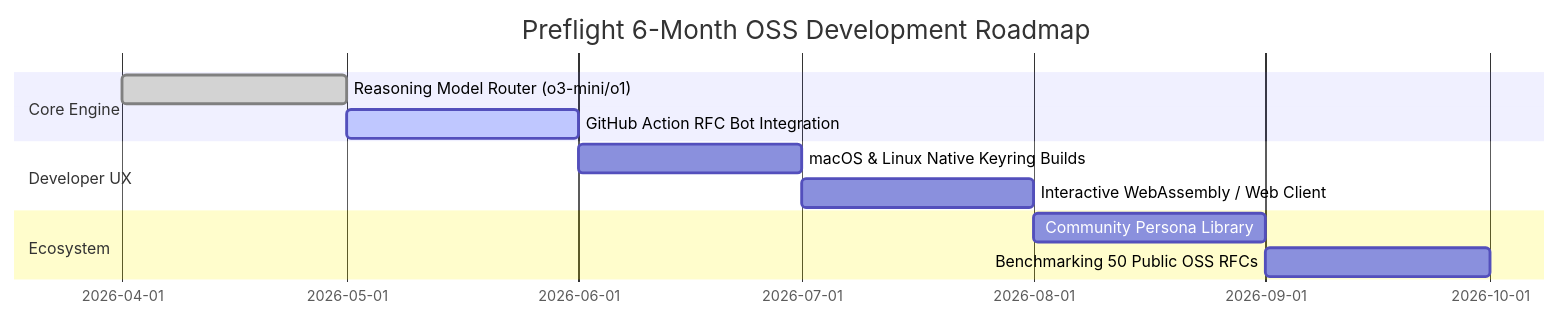
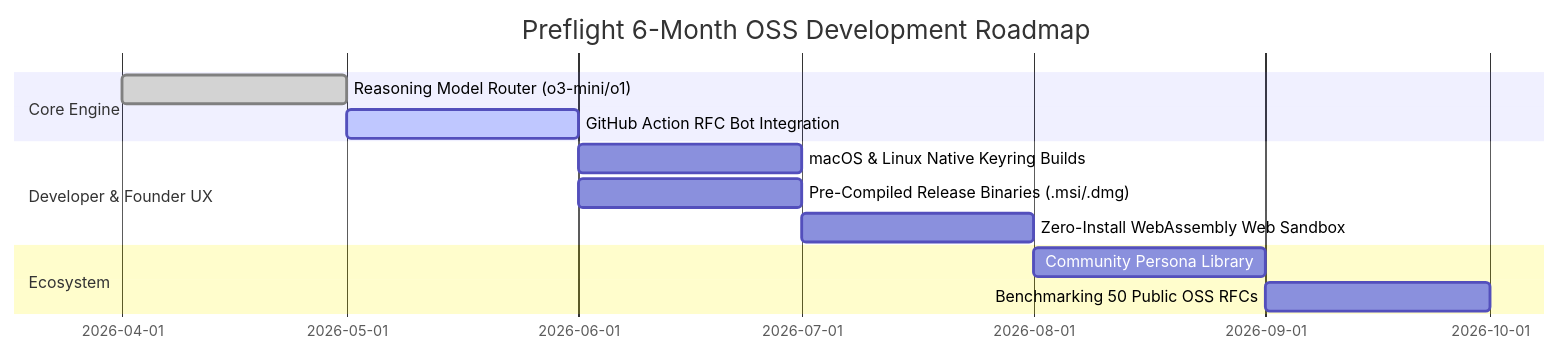
One commit to annamike143/preflight changed the diagram in OPENAI_GRANT_PROPOSAL.md. Above: the diagram before and after it, drawn with Mermaid. The commit also changed other lines of this file and 1 other file, not shown here.

````diff
--- a/OPENAI_GRANT_PROPOSAL.md
+++ b/OPENAI_GRANT_PROPOSAL.md
@@ -90,14 +98,15 @@
 ```mermaid
 gantt
     title Preflight 6-Month OSS Development Roadmap
     dateFormat  YYYY-MM
     section Core Engine
     Reasoning Model Router (o3-mini/o1)   :done,    2026-04, 2026-05
     GitHub Action RFC Bot Integration     :active,  2026-05, 2026-06
-    section Developer UX
+    section Developer & Founder UX
     macOS & Linux Native Keyring Builds   :         2026-06, 2026-07
-    Interactive WebAssembly / Web Client  :         2026-07, 2026-08
+    Pre-Compiled Release Binaries (.msi/.dmg) :      2026-06, 2026-07
+    Zero-Install WebAssembly Web Sandbox  :         2026-07, 2026-08
     section Ecosystem
     Community Persona Library             :         2026-08, 2026-09
     Benchmarking 50 Public OSS RFCs       :         2026-09, 2026-10
 ```
````
